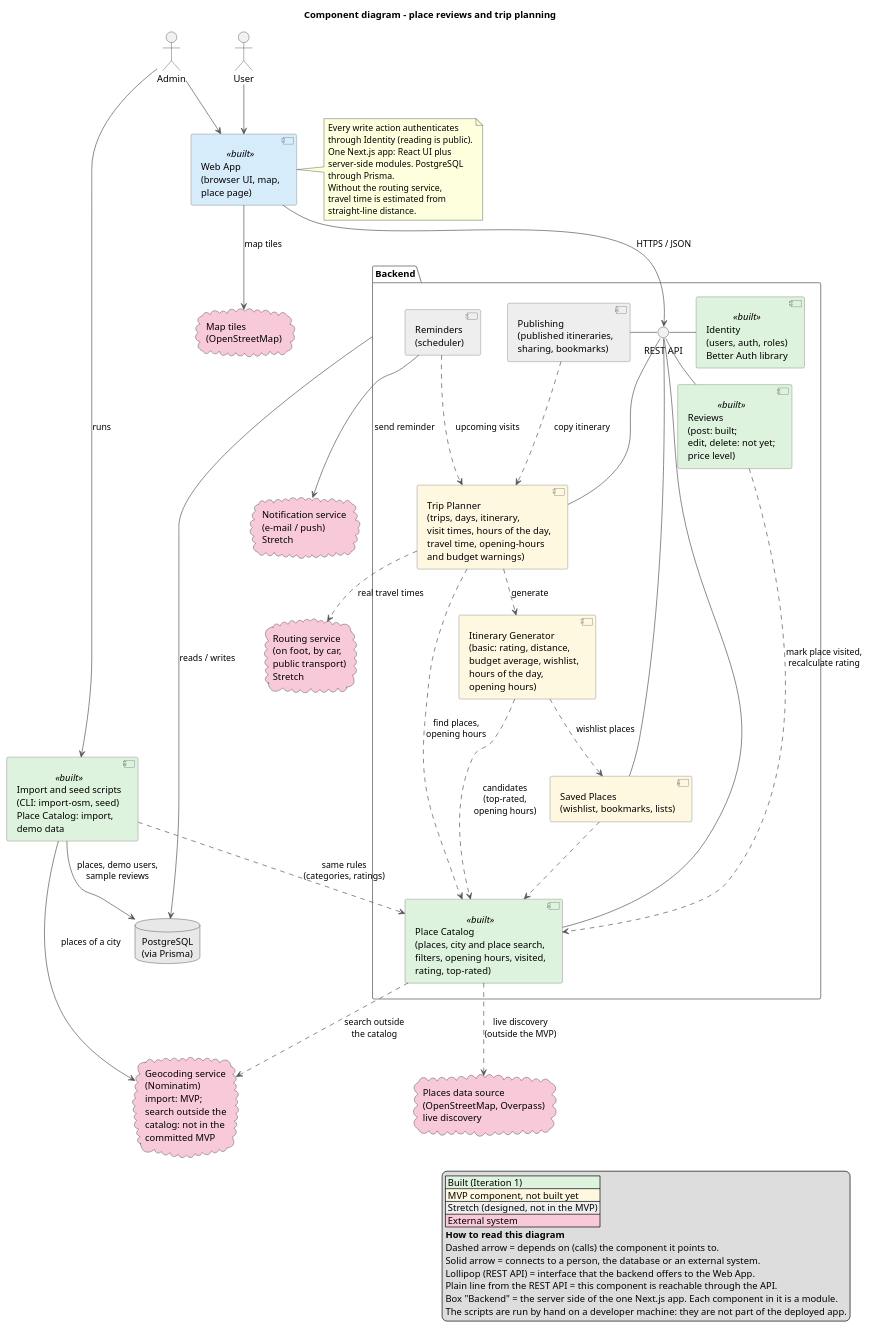
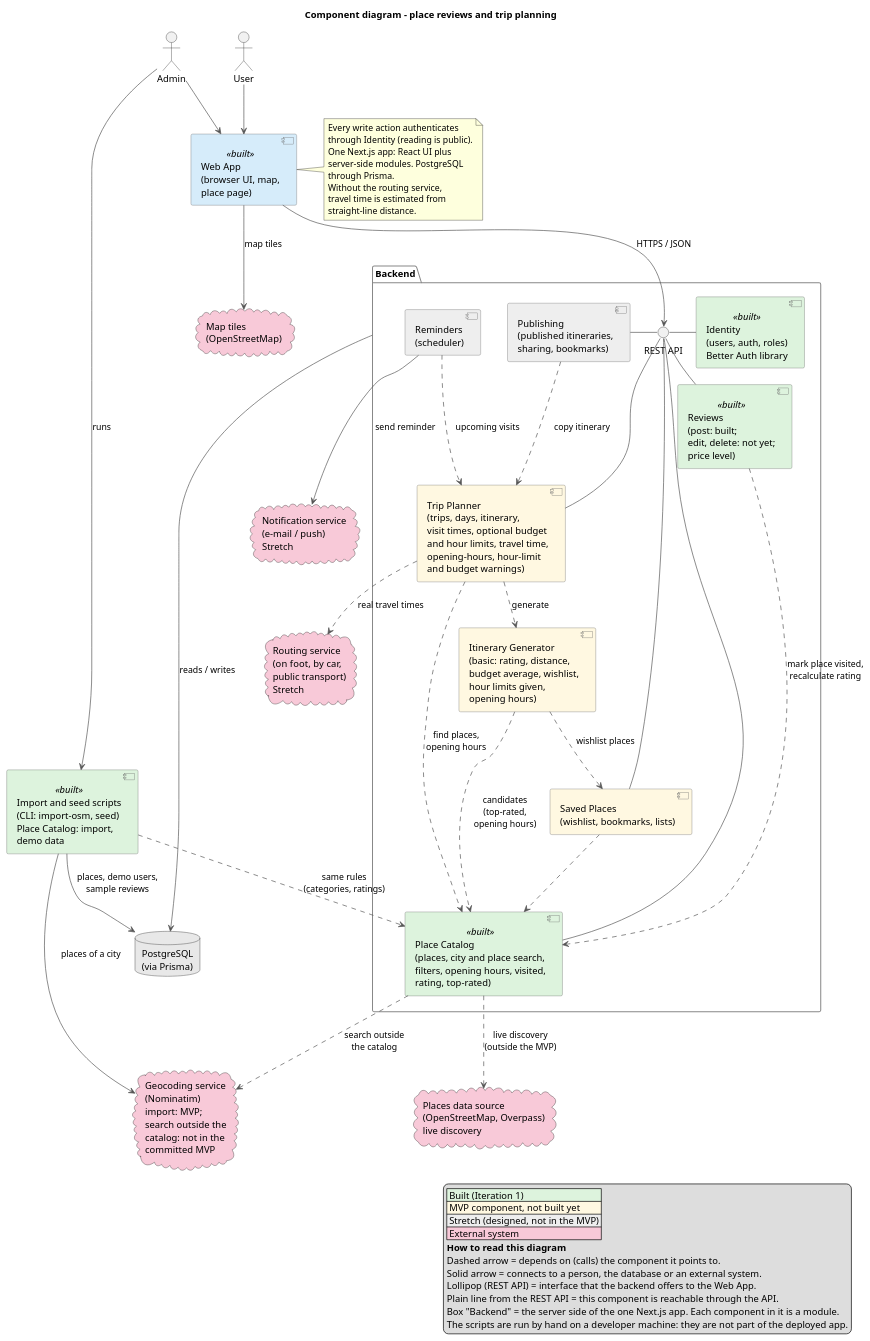
Before and after one commit to MESW-LES-2627/les-project-group-7: the diagram in docs/design/component-diagram.puml, drawn with PlantUML. The commit also changed 9 other files, not shown here.

First line of the commit message:
Docs: a trip is a city and dates; budget level and hour limits are optional itinerary settings, types are a generator input

```diff
--- a/docs/design/component-diagram.puml
+++ b/docs/design/component-diagram.puml
@@ -1,101 +1,101 @@
 @startuml component-diagram
 title Component diagram – place reviews and trip planning
 skinparam shadowing false
 skinparam componentStyle uml2
 skinparam nodesep 40
 skinparam ranksep 50
 skinparam ArrowColor #555555
 skinparam component {
   BackgroundColor #FFF8E1
   BorderColor #666666
   BackgroundColor<<built>> #DDF3DD
 }
 skinparam package {
   BorderColor #888888
 }
 
 legend right
   |<#DDF3DD> Built (Iteration 1) |
   |<#FFF8E1> MVP component, not built yet |
   |<#EEEEEE> Stretch (designed, not in the MVP) |
   |<#F8C9D8> External system |
   **How to read this diagram**
   Dashed arrow = depends on (calls) the component it points to.
   Solid arrow = connects to a person, the database or an external system.
   Lollipop (REST API) = interface that the backend offers to the Web App.
   Plain line from the REST API = this component is reachable through the API.
   Box "Backend" = the server side of the one Next.js app. Each component in it is a module.
   The scripts are run by hand on a developer machine: they are not part of the deployed app.
 endlegend
 
 actor "User" as user
 actor "Admin" as admin
 
 component "Web App\n(browser UI, map,\nplace page)" as web <<built>> #D6ECFA
 
 package "Backend" as backend {
   interface "REST API" as api
 
   component "Identity\n(users, auth, roles)\nBetter Auth library" as identity <<built>>
   component "Place Catalog\n(places, city and place search,\nfilters, opening hours, visited,\nrating, top-rated)" as catalog <<built>>
   component "Reviews\n(post: built;\nedit, delete: not yet;\nprice level)" as reviews <<built>>
   component "Saved Places\n(wishlist, bookmarks, lists)" as saved
-  component "Trip Planner\n(trips, days, itinerary,\nvisit times, hours of the day,\ntravel time, opening-hours\nand budget warnings)" as planner
-  component "Itinerary Generator\n(basic: rating, distance,\nbudget average, wishlist,\nhours of the day,\nopening hours)" as generator
+  component "Trip Planner\n(trips, days, itinerary,\nvisit times, optional budget\nand hour limits, travel time,\nopening-hours, hour-limit\nand budget warnings)" as planner
+  component "Itinerary Generator\n(basic: rating, distance,\nbudget average, wishlist,\nhour limits given,\nopening hours)" as generator
   component "Publishing\n(published itineraries,\nsharing, bookmarks)" as publishing #EEEEEE
   component "Reminders\n(scheduler)" as reminders #EEEEEE
 }
 
 component "Import and seed scripts\n(CLI: import-osm, seed)\nPlace Catalog: import,\ndemo data" as scripts <<built>>
 
 database "PostgreSQL\n(via Prisma)" as db #E8E8E8
 
 cloud "Places data source\n(OpenStreetMap, Overpass)\nlive discovery" as places #F8C9D8
 cloud "Map tiles\n(OpenStreetMap)" as tiles #F8C9D8
 cloud "Routing service\n(on foot, by car,\npublic transport)\nStretch" as routing #F8C9D8
 cloud "Geocoding service\n(Nominatim)\nimport: MVP;\nsearch outside the\ncatalog: not in the\ncommitted MVP" as geocoding #F8C9D8
 cloud "Notification service\n(e-mail / push)\nStretch" as notif #F8C9D8
 
 user --> web
 admin --> web
 admin --> scripts : runs
 web --> api : HTTPS / JSON
 web --> tiles : map tiles
 api - identity
 api - catalog
 api - reviews
 api - saved
 api - planner
 api - publishing
 
 reviews ..> catalog : mark place visited,\nrecalculate rating
 saved ..> catalog
 planner ..> catalog : find places,\nopening hours
 planner ..> generator : generate
 generator ..> catalog : candidates\n(top-rated,\nopening hours)
 generator ..> saved : wishlist places
 publishing ..> planner : copy itinerary
 reminders ..> planner : upcoming visits
 
 scripts --> geocoding : places of a city
 scripts --> db : places, demo users,\nsample reviews
 scripts ..> catalog : same rules\n(categories, ratings)
 catalog ..> places : live discovery\n(outside the MVP)
 catalog ..> geocoding : search outside\nthe catalog
 planner ..> routing : real travel times
 reminders --> notif : send reminder
 
 
 backend --> db : reads / writes
 
 note right of web
   Every write action authenticates
   through Identity (reading is public).
   One Next.js app: React UI plus
   server-side modules. PostgreSQL
   through Prisma.
   Without the routing service,
   travel time is estimated from
   straight-line distance.
 end note
 @enduml
```
